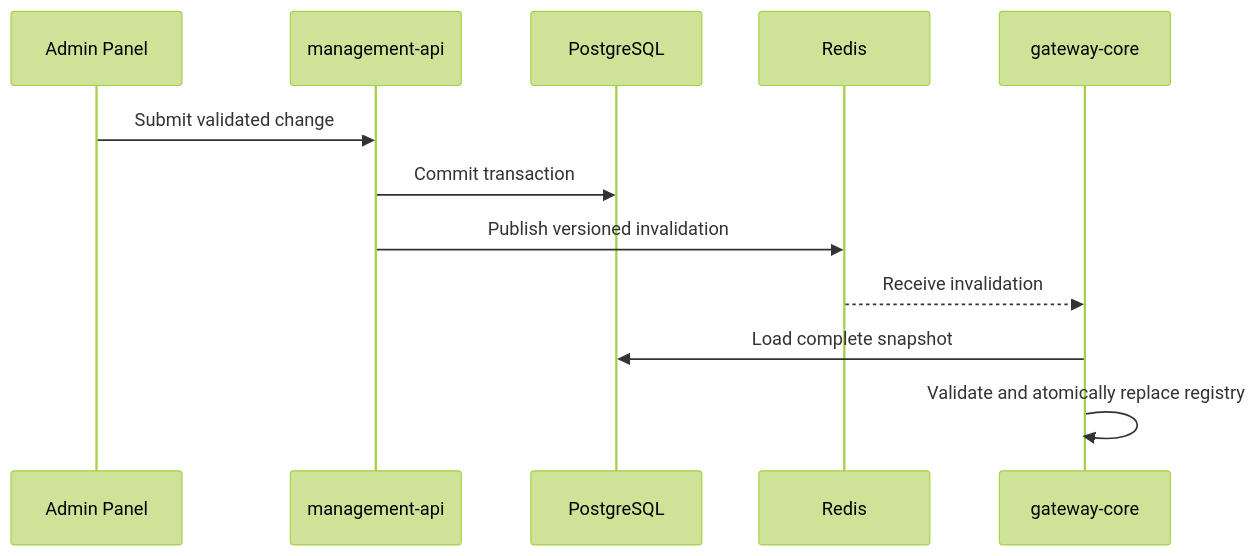
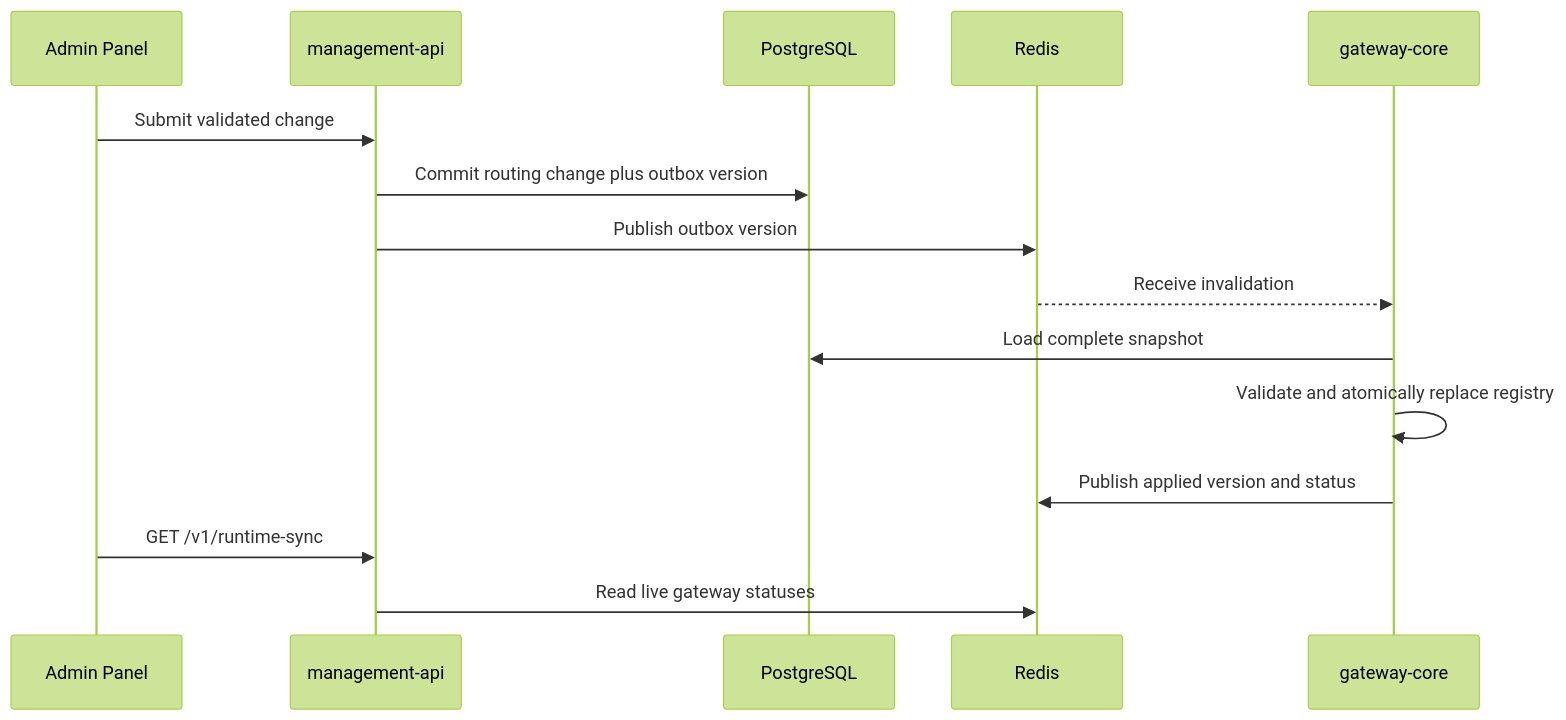
The diagram in docs/02-architecture/Hot Reload Sync.md (c4rl0s04/api-gateway-platform), drawn with Mermaid (forest theme) before and after one commit. The commit also changed other lines of this file and 15 other files, not shown here.

Commit message:
docs(runtime): document durable gateway hot reload

````diff
--- a/docs/02-architecture/Hot Reload Sync.md
+++ b/docs/02-architecture/Hot Reload Sync.md
@@ -30,15 +33,18 @@
 ```mermaid
 sequenceDiagram
     participant Admin as Admin Panel
     participant API as management-api
     participant DB as PostgreSQL
     participant Redis
     participant Gateway as gateway-core
 
     Admin->>API: Submit validated change
-    API->>DB: Commit transaction
-    API->>Redis: Publish versioned invalidation
+    API->>DB: Commit routing change plus outbox version
+    API->>Redis: Publish outbox version
     Redis-->>Gateway: Receive invalidation
     Gateway->>DB: Load complete snapshot
     Gateway->>Gateway: Validate and atomically replace registry
+    Gateway->>Redis: Publish applied version and status
+    Admin->>API: GET /v1/runtime-sync
+    API->>Redis: Read live gateway statuses
 ```
````
